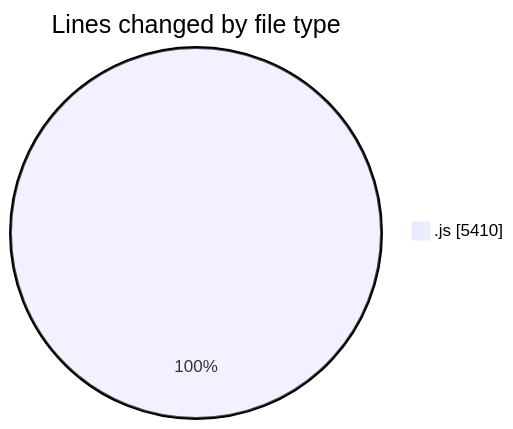
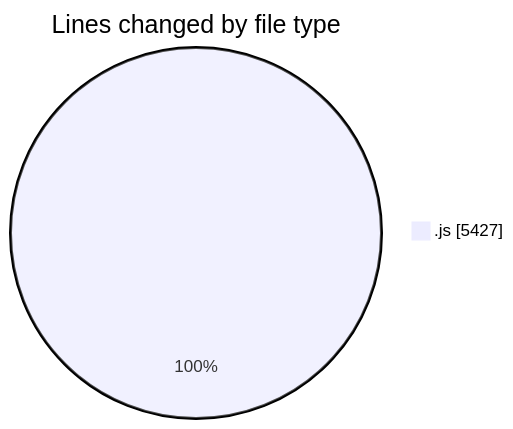
One commit to nxtqubesakshisongat/code-tracking changed the first of 2 diagrams in 2025-10-15/nxtqube_webapp/README.md. Above: the diagram before and after it, drawn with Mermaid. The commit also changed other lines of this file and 1 other file, not shown here.

````diff
--- a/2025-10-15/nxtqube_webapp/README.md
+++ b/2025-10-15/nxtqube_webapp/README.md
@@ -21,5 +21,5 @@
 ```mermaid
 pie showData
 title Lines changed by file type
-".js" : 5410
+".js" : 5427
 ```
````
